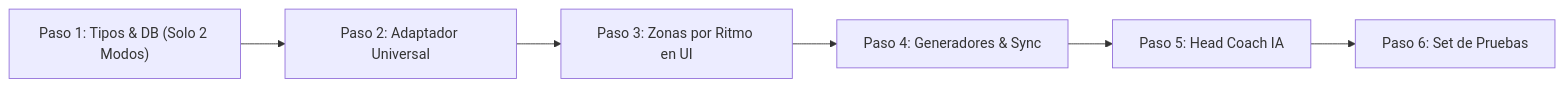
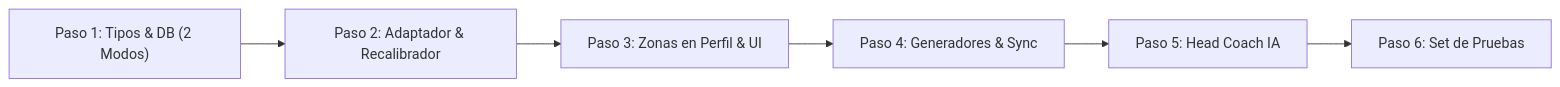
One commit to GEME80/Training-IA changed the diagram in plan_running_metrics.md. Above: the diagram before and after it, drawn with Mermaid. The commit also changed other lines of this file and 19 other files, not shown here.

````diff
--- a/plan_running_metrics.md
+++ b/plan_running_metrics.md
@@ -65,8 +83,8 @@
 ```mermaid
 flowchart LR
-    P1["Paso 1: Tipos & DB (Solo 2 Modos)"] --> P2["Paso 2: Adaptador Universal"]
-    P2 --> P3["Paso 3: Zonas por Ritmo en UI"]
+    P1["Paso 1: Tipos & DB (2 Modos)"] --> P2["Paso 2: Adaptador & Recalibrador"]
+    P2 --> P3["Paso 3: Zonas en Perfil & UI"]
     P3 --> P4["Paso 4: Generadores & Sync"]
     P4 --> P5["Paso 5: Head Coach IA"]
     P5 --> P6["Paso 6: Set de Pruebas"]
 ```
````
